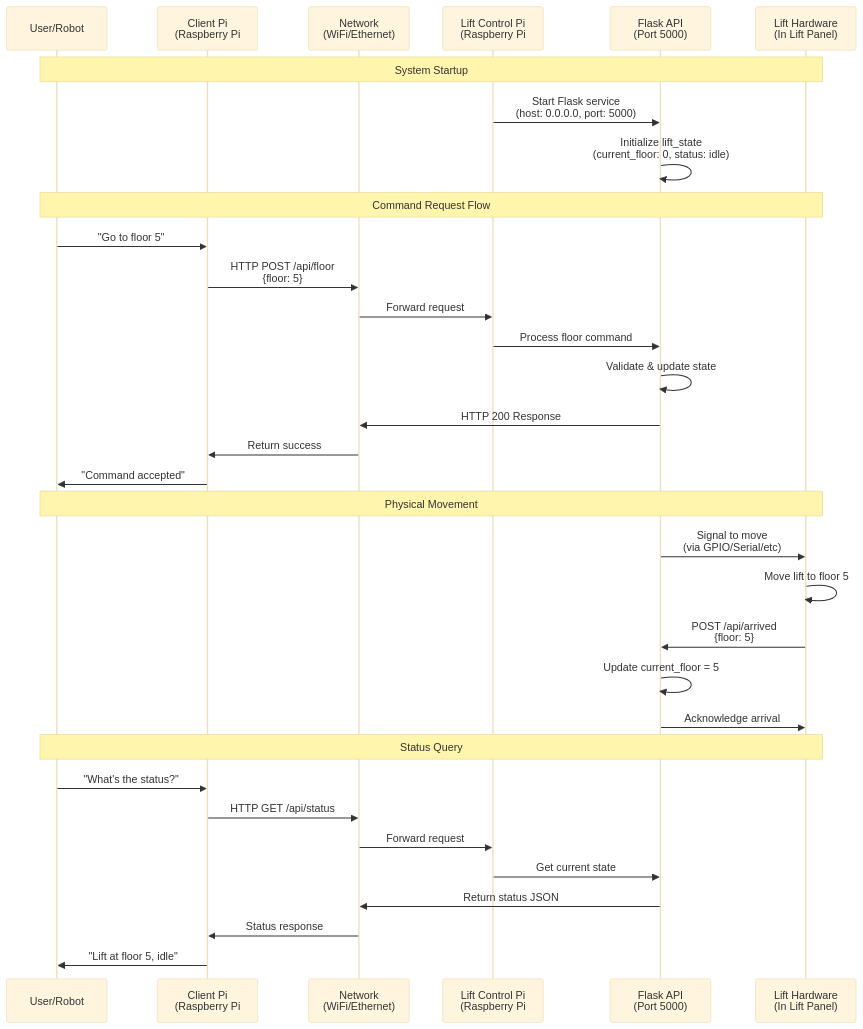
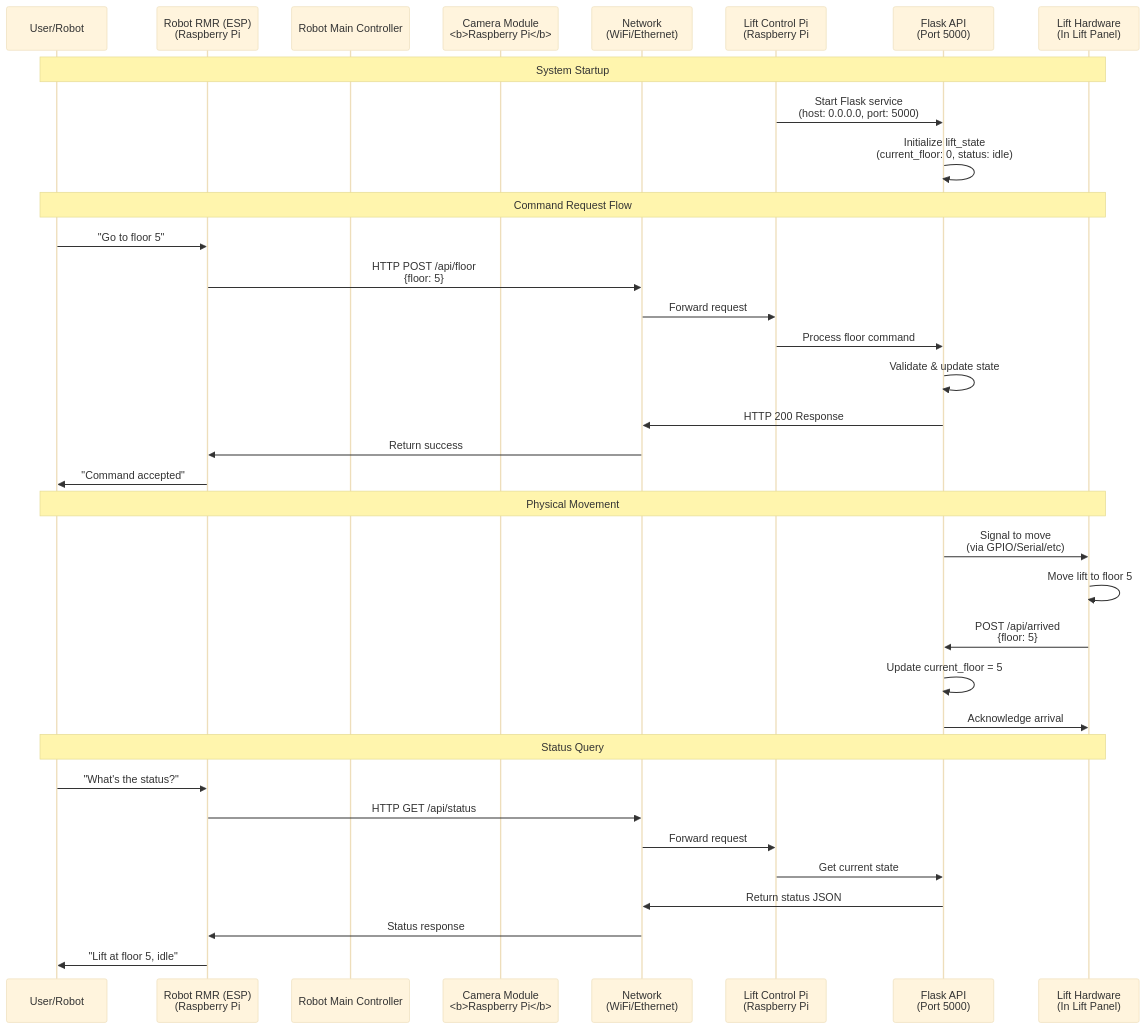
The third of 4 diagrams in sequence_diagram.md (in-is-ah/rmr), drawn with Mermaid (base theme) before and after one commit. The commit also changed other lines of this file, not shown here.

Commit message:
Update sequence diagram participants and labels

````diff
--- a/sequence_diagram.md
+++ b/sequence_diagram.md
@@ -68,39 +68,41 @@
 ```mermaid
 sequenceDiagram
     participant User as User/Robot
-    participant ClientPi as Client Pi<br/>(Raspberry Pi #1)
+    participant ClientPi as Robot RMR (ESP)<br/>(Raspberry Pi #1)
+    participant RobotMainController as Robot Main Controller
+    participant CameraModule as Camera Module<br/><b>Raspberry Pi</b>
     participant Network as Network<br/>(WiFi/Ethernet)
     participant LiftPi as Lift Control Pi<br/>(Raspberry Pi #2)
     participant LiftService as Flask API<br/>(Port 5000)
     participant LiftHardware as Lift Hardware<br/>(In Lift Panel)
 
     Note over User,LiftHardware: System Startup
     LiftPi->>LiftService: Start Flask service<br/>(host: 0.0.0.0, port: 5000)
     LiftService->>LiftService: Initialize lift_state<br/>(current_floor: 0, status: idle)
     
     Note over User,LiftHardware: Command Request Flow
     User->>ClientPi: "Go to floor 5"
     ClientPi->>Network: HTTP POST /api/floor<br/>{floor: 5}
     Network->>LiftPi: Forward request
     LiftPi->>LiftService: Process floor command
     LiftService->>LiftService: Validate & update state
     LiftService->>Network: HTTP 200 Response
     Network->>ClientPi: Return success
     ClientPi->>User: "Command accepted"
     
     Note over User,LiftHardware: Physical Movement
     LiftService->>LiftHardware: Signal to move<br/>(via GPIO/Serial/etc)
     LiftHardware->>LiftHardware: Move lift to floor 5
     LiftHardware->>LiftService: POST /api/arrived<br/>{floor: 5}
     LiftService->>LiftService: Update current_floor = 5
     LiftService->>LiftHardware: Acknowledge arrival
     
     Note over User,LiftHardware: Status Query
     User->>ClientPi: "What's the status?"
     ClientPi->>Network: HTTP GET /api/status
     Network->>LiftPi: Forward request
     LiftPi->>LiftService: Get current state
     LiftService->>Network: Return status JSON
     Network->>ClientPi: Status response
     ClientPi->>User: "Lift at floor 5, idle"
 ```
````
